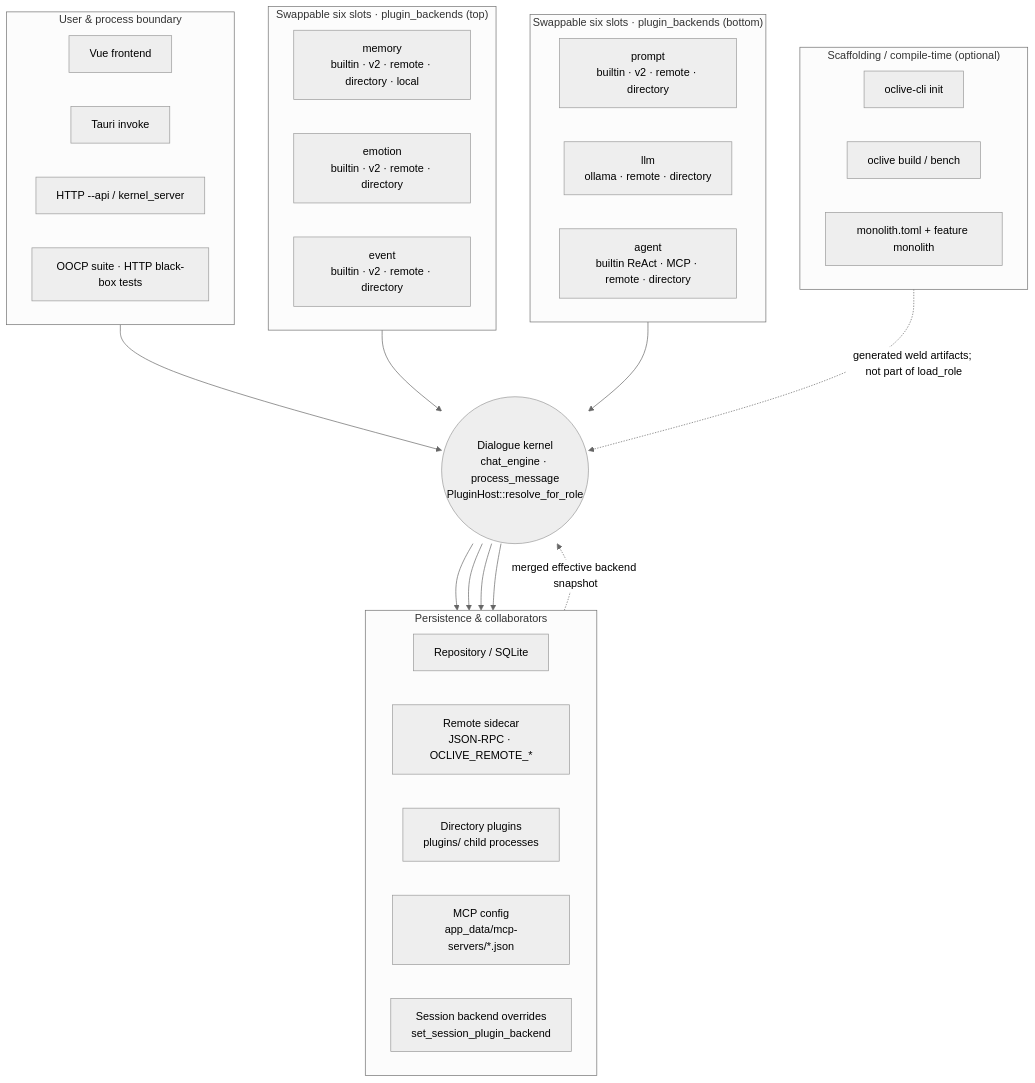
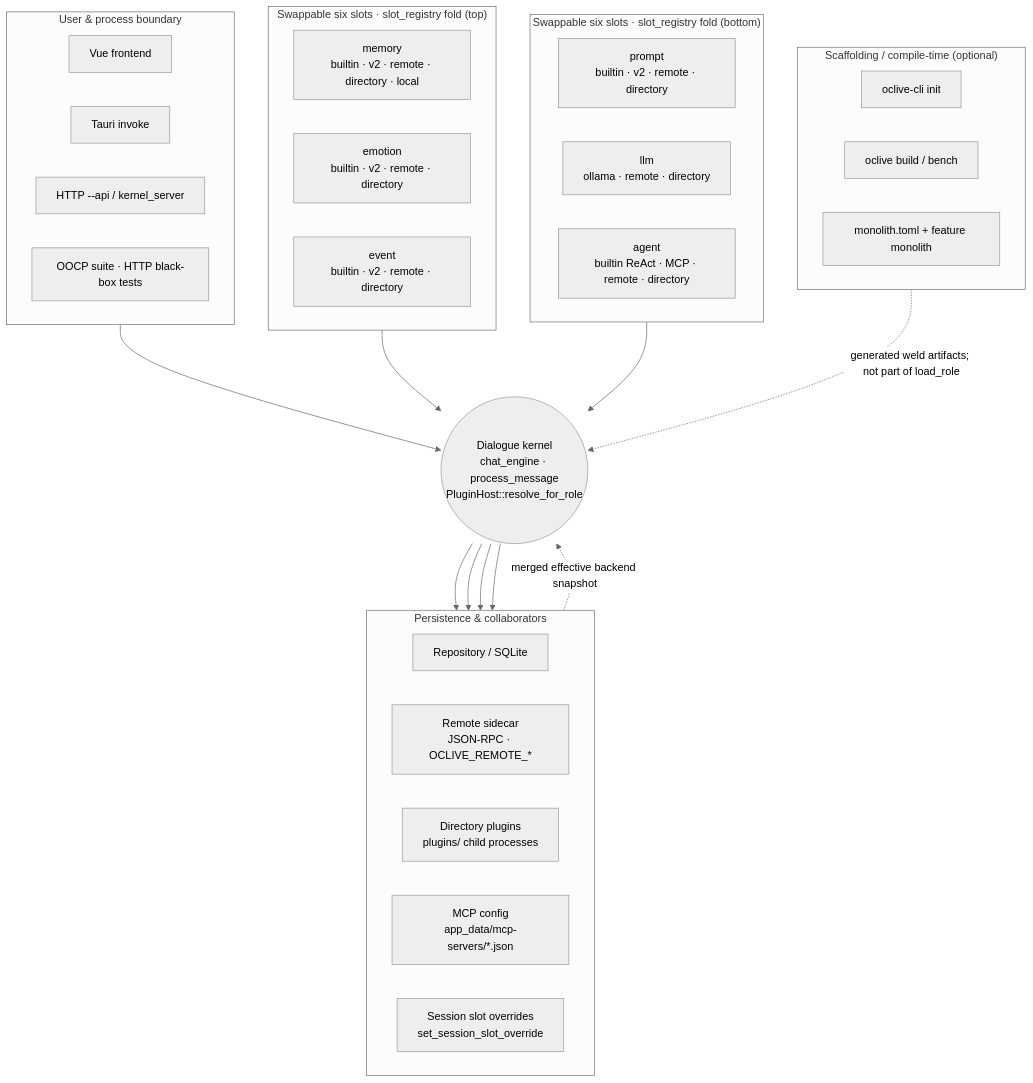
The first of 2 diagrams in creator-docs-en/getting-started/KERNEL_AND_MODULES_ARCHITECTURE.md (linkaiheng2233-cyber/oclivenewnew), drawn with Mermaid (neutral theme) before and after one commit. The commit also changed other lines of this file and 13 other files, not shown here.

````diff
--- a/creator-docs-en/getting-started/KERNEL_AND_MODULES_ARCHITECTURE.md
+++ b/creator-docs-en/getting-started/KERNEL_AND_MODULES_ARCHITECTURE.md
@@ -17,52 +17,52 @@
 ```mermaid
 flowchart TB
   subgraph boundary["User & process boundary"]
     direction LR
     UI["Vue frontend"]
     TAURI["Tauri invoke"]
     API["HTTP --api / kernel_server"]
     OOCP["OOCP suite · HTTP black-box tests"]
   end
 
-  subgraph six_top["Swappable six slots · plugin_backends (top)"]
+  subgraph six_top["Swappable six slots · slot_registry fold (top)"]
     direction LR
     M["memory<br/>builtin · v2 · remote · directory · local"]
     EM["emotion<br/>builtin · v2 · remote · directory"]
     EV["event<br/>builtin · v2 · remote · directory"]
   end
 
   K(("Dialogue kernel<br/>chat_engine · process_message<br/>PluginHost::resolve_for_role"))
 
-  subgraph six_bot["Swappable six slots · plugin_backends (bottom)"]
+  subgraph six_bot["Swappable six slots · slot_registry fold (bottom)"]
     direction LR
     PR["prompt<br/>builtin · v2 · remote · directory"]
     LL["llm<br/>ollama · remote · directory"]
     AG["agent<br/>builtin ReAct · MCP · remote · directory"]
   end
 
   subgraph infra["Persistence & collaborators"]
     direction LR
     REPO["Repository / SQLite"]
     RMT["Remote sidecar<br/>JSON-RPC · OCLIVE_REMOTE_*"]
     DIR["Directory plugins<br/>plugins/ child processes"]
     MCP["MCP config<br/>app_data/mcp-servers/*.json"]
-    SESS["Session backend overrides<br/>set_session_plugin_backend"]
+    SESS["Session slot overrides<br/>set_session_slot_override"]
   end
 
   subgraph toolchain["Scaffolding / compile-time (optional)"]
     direction LR
     OCLI["oclive-cli init"]
     BUILD["oclive build / bench"]
     MONO["monolith.toml + feature monolith"]
   end
 
   boundary --> K
   six_top --> K
   six_bot --> K
   K --> REPO
   K --> RMT
   K --> DIR
   K --> MCP
   SESS -.->|merged effective backend snapshot| K
   toolchain -.->|generated weld artifacts; not part of load_role| K
 ```
````
